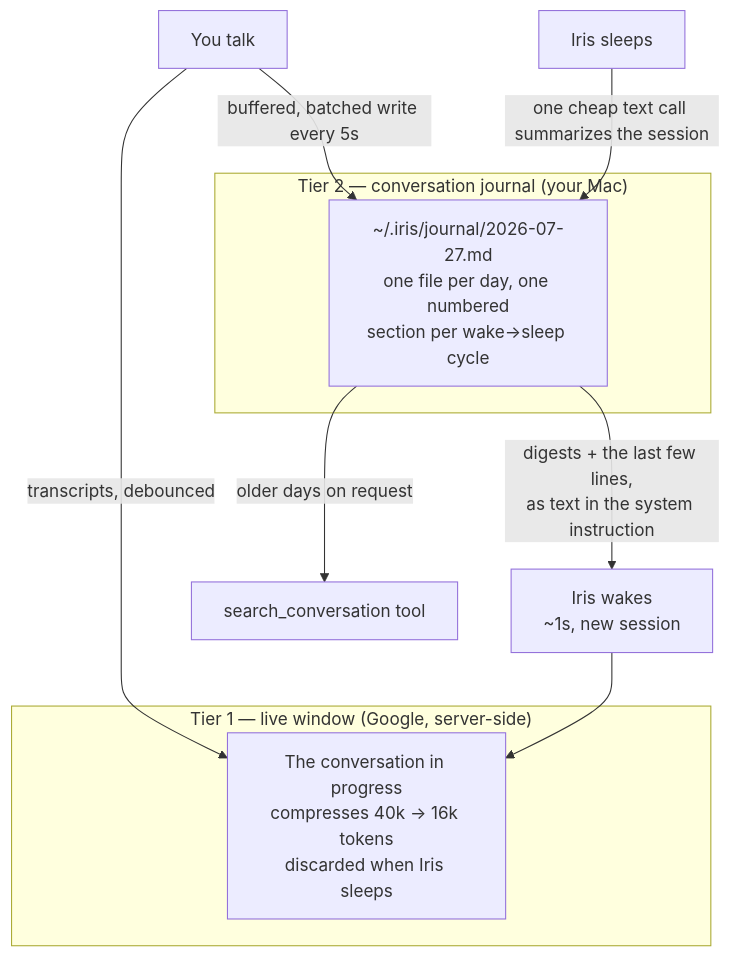
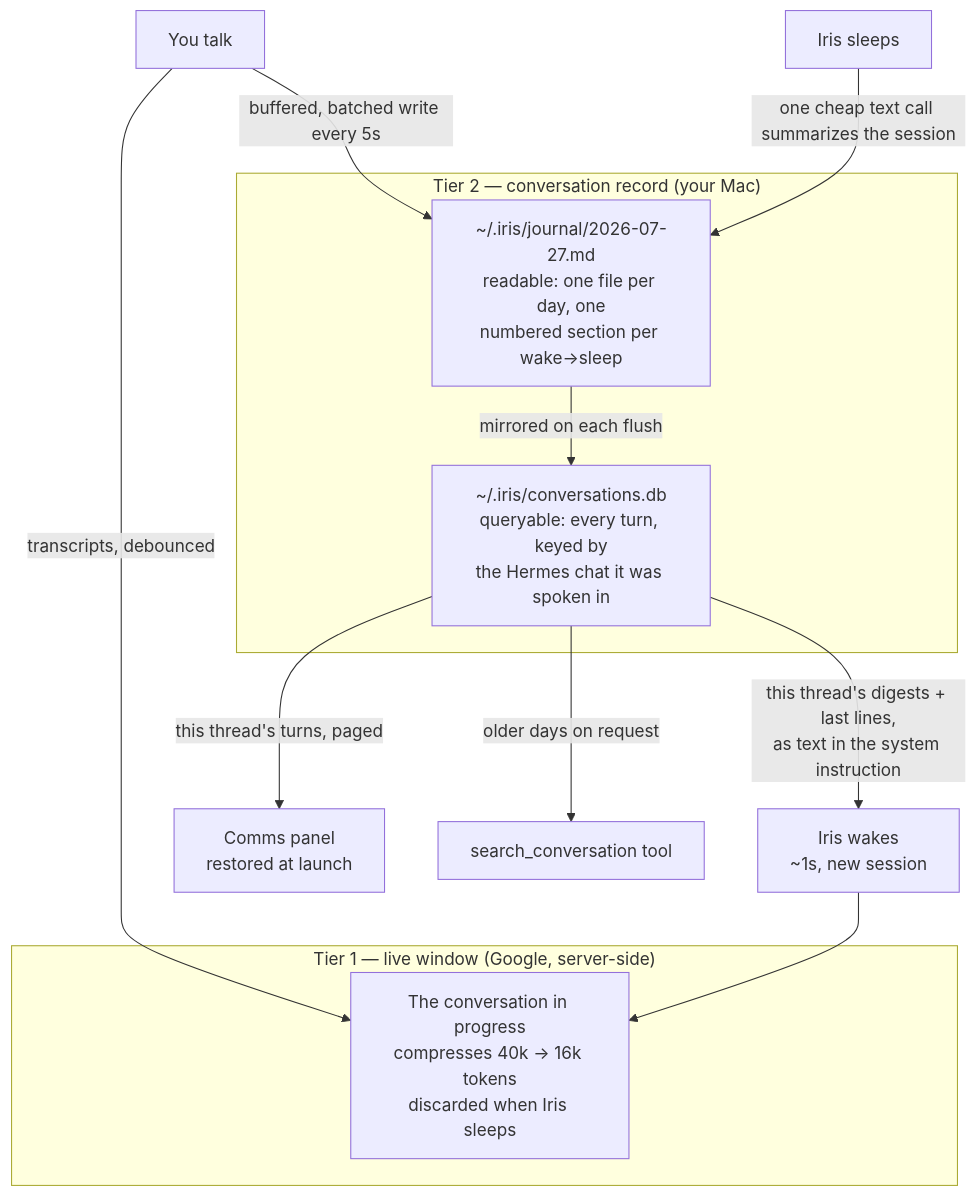
Before and after one commit to ASHR12/iris: the second of 2 diagrams in README.md, drawn with Mermaid. The commit also changed other lines of this file and 13 other files, not shown here.

````diff
--- a/README.md
+++ b/README.md
@@ -337,15 +337,18 @@
 ```mermaid
 flowchart TB
   subgraph live["Tier 1 — live window (Google, server-side)"]
     W["The conversation in progress<br/>compresses 40k → 16k tokens<br/>discarded when Iris sleeps"]
   end
-  subgraph disk["Tier 2 — conversation journal (your Mac)"]
-    F["~/.iris/journal/2026-07-27.md<br/>one file per day, one numbered<br/>section per wake→sleep cycle"]
+  subgraph disk["Tier 2 — conversation record (your Mac)"]
+    F["~/.iris/journal/2026-07-27.md<br/>readable: one file per day, one<br/>numbered section per wake→sleep"]
+    D["~/.iris/conversations.db<br/>queryable: every turn, keyed by<br/>the Hermes chat it was spoken in"]
   end
   Talk["You talk"] -->|"transcripts, debounced"| W
   Talk -->|"buffered, batched write every 5s"| F
+  F -->|"mirrored on each flush"| D
   Sleep["Iris sleeps"] -->|"one cheap text call summarizes the session"| F
-  F -->|"digests + the last few lines,<br/>as text in the system instruction"| Wake["Iris wakes<br/>~1s, new session"]
+  D -->|"this thread's digests + last lines,<br/>as text in the system instruction"| Wake["Iris wakes<br/>~1s, new session"]
   Wake --> W
-  F -->|"older days on request"| Tool["search_conversation tool"]
+  D -->|"this thread's turns, paged"| Panel["Comms panel<br/>restored at launch"]
+  D -->|"older days on request"| Tool["search_conversation tool"]
 ```
````
